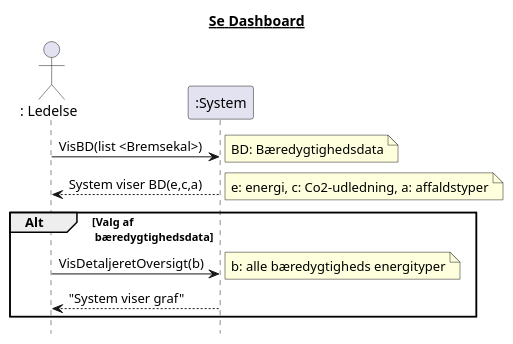
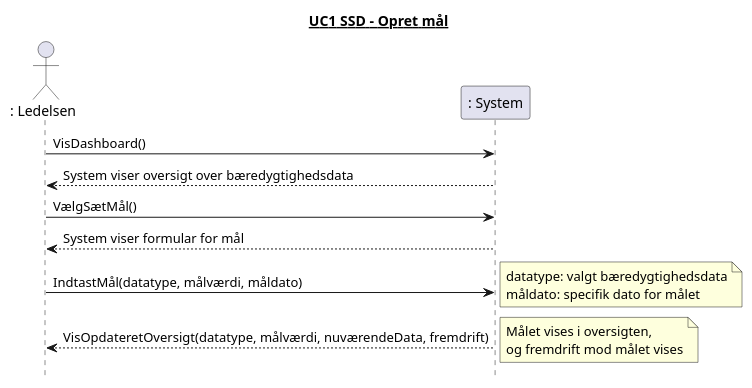
The diagram in Budweg/Artefacts/BudwegSSD.plantuml (FilipMeldal/Team1A), drawn with PlantUML before and after one commit.

```diff
--- a/Budweg/Artefacts/BudwegSSD.plantuml
+++ b/Budweg/Artefacts/BudwegSSD.plantuml
@@ -1,20 +1,29 @@
 @startuml
 hide empty method
-Title <u>Se Dashboard
+Title <u>UC1 SSD - Opret mål
 
-Actor ": Ledelse" as L
-participant ":System" as S
+actor ": Ledelsen" as L
+participant ": System" as S
 
-L -> S: VisBD(list <Bremsekal>)  
-note right: BD: Bæredygtighedsdata
-S --> L: System viser BD(e,c,a)
-note right: e: energi, c: Co2-udledning, a: affaldstyper
+L -> S: VisDashboard()
+S --> L: System viser oversigt over bæredygtighedsdata
 
-group Alt [Valg af \n bæredygtighedsdata]
-L -> S: VisDetaljeretOversigt(b) 
-note right: b: alle bæredygtigheds energityper
-S --> L: "System viser graf"
+L -> S: VælgSætMål()
+S --> L: System viser formular for mål
+
+L -> S: IndtastMål(datatype, målværdi, måldato)
+note right
+datatype: valgt bæredygtighedsdata
+måldato: specifik dato for målet
+end note
+
+
+S --> L: VisOpdateretOversigt(datatype, målværdi, nuværendeData, fremdrift)
+note right
+Målet vises i oversigten,
+og fremdrift mod målet vises
+end note
+
 hide footbox
-end
 
 @enduml
```
